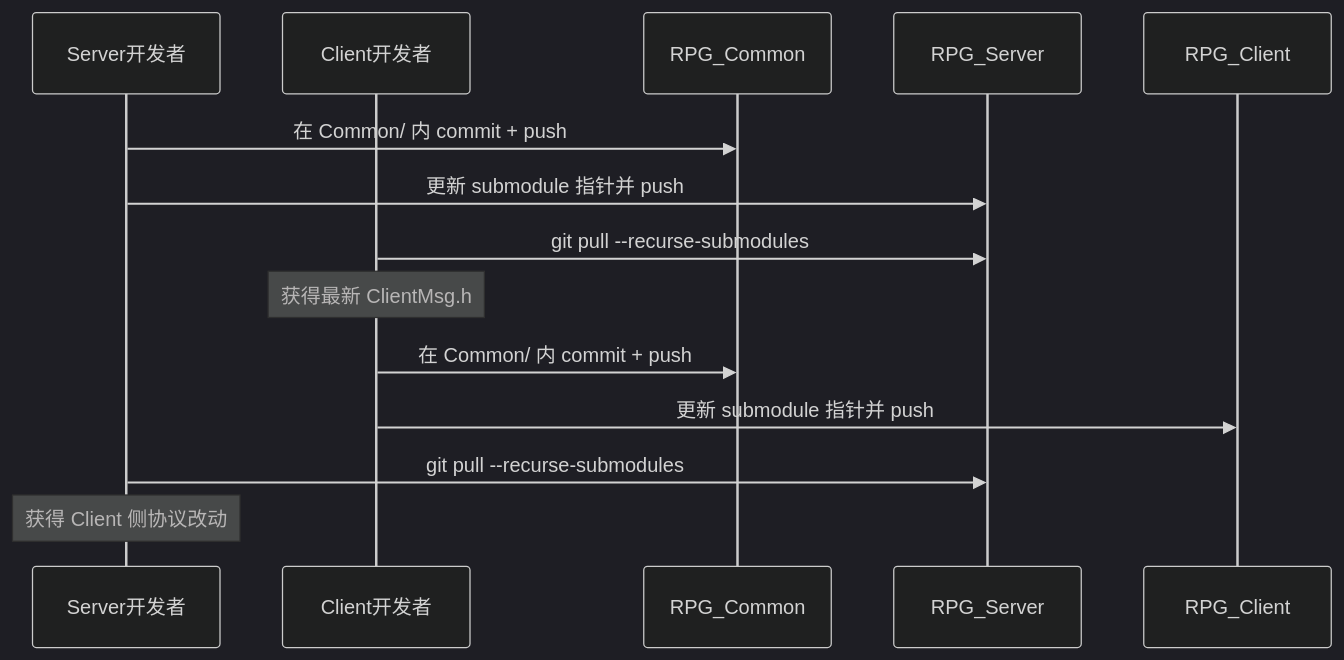
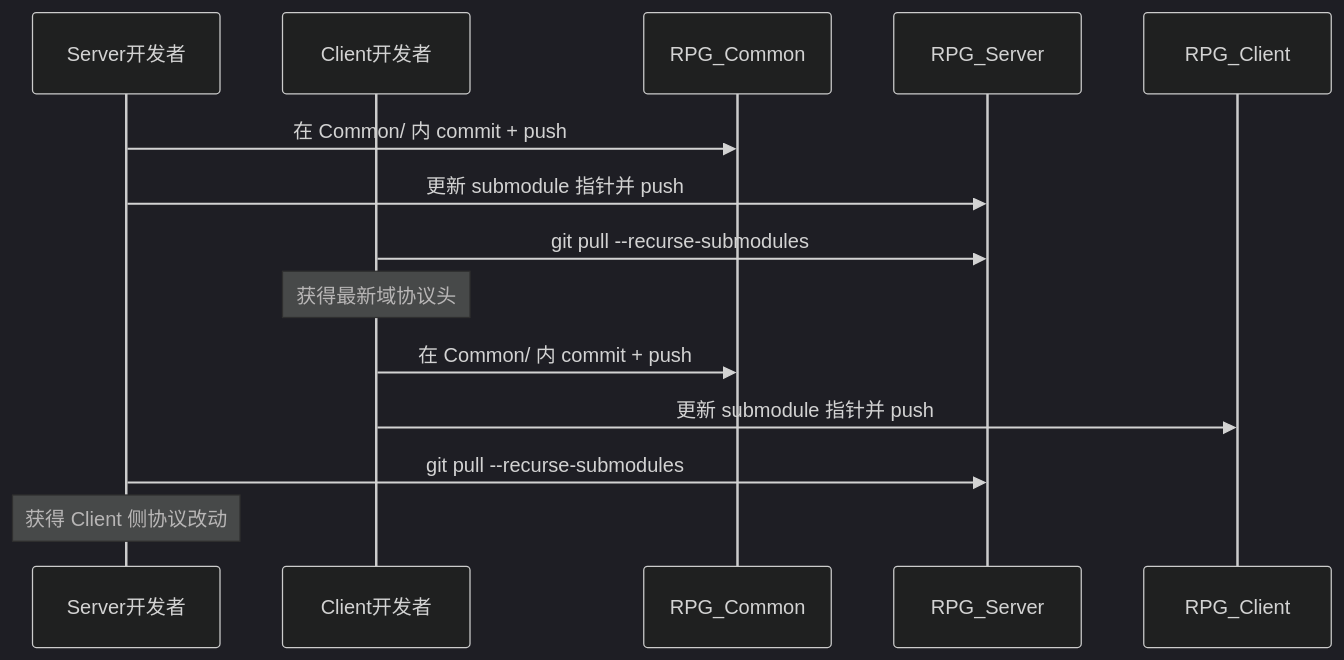
Before and after one commit to hechuangguo/RPG_Server: the second of 2 diagrams in docs/COMMON.md, drawn with Mermaid (dark theme). The commit also changed other lines of this file and 3 other files, not shown here.

````diff
--- a/docs/COMMON.md
+++ b/docs/COMMON.md
@@ -141,20 +160,20 @@
 ```mermaid
 sequenceDiagram
     participant DevS as Server开发者
     participant DevC as Client开发者
     participant CommonRepo as RPG_Common
     participant RPG as RPG_Server
     participant Client as RPG_Client
 
     DevS->>CommonRepo: 在 Common/ 内 commit + push
     DevS->>RPG: 更新 submodule 指针并 push
 
     DevC->>RPG: git pull --recurse-submodules
-    Note over DevC: 获得最新 ClientMsg.h
+    Note over DevC: 获得最新域协议头
 
     DevC->>CommonRepo: 在 Common/ 内 commit + push
     DevC->>Client: 更新 submodule 指针并 push
 
     DevS->>RPG: git pull --recurse-submodules
     Note over DevS: 获得 Client 侧协议改动
 ```
````
